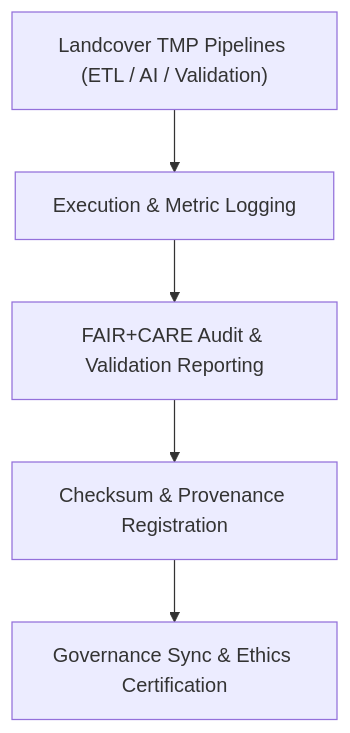
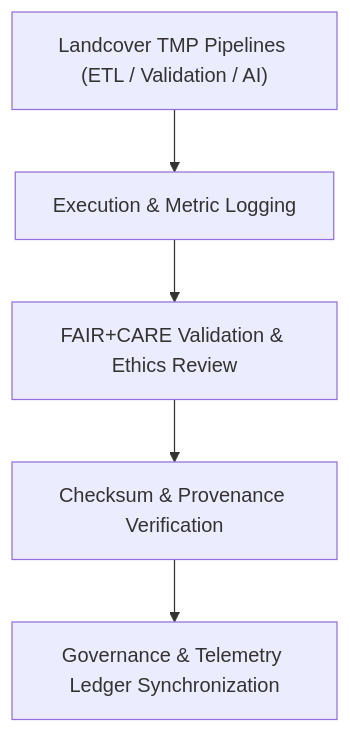
Before and after one commit to bartytime4life/Kansas-Frontier-Matrix: the diagram in data/work/tmp/landcover/logs/README.md, drawn with Mermaid. The commit also changed other lines of this file, not shown here.

````diff
--- a/data/work/tmp/landcover/logs/README.md
+++ b/data/work/tmp/landcover/logs/README.md
@@ -64,7 +67,7 @@
 ```mermaid
 flowchart TD
-    A["Landcover TMP Pipelines (ETL / AI / Validation)"] --> B["Execution & Metric Logging"]
-    B --> C["FAIR+CARE Audit & Validation Reporting"]
-    C --> D["Checksum & Provenance Registration"]
-    D --> E["Governance Sync & Ethics Certification"]
+    A["Landcover TMP Pipelines (ETL / Validation / AI)"] --> B["Execution & Metric Logging"]
+    B --> C["FAIR+CARE Validation & Ethics Review"]
+    C --> D["Checksum & Provenance Verification"]
+    D --> E["Governance & Telemetry Ledger Synchronization"]
 ```
````
